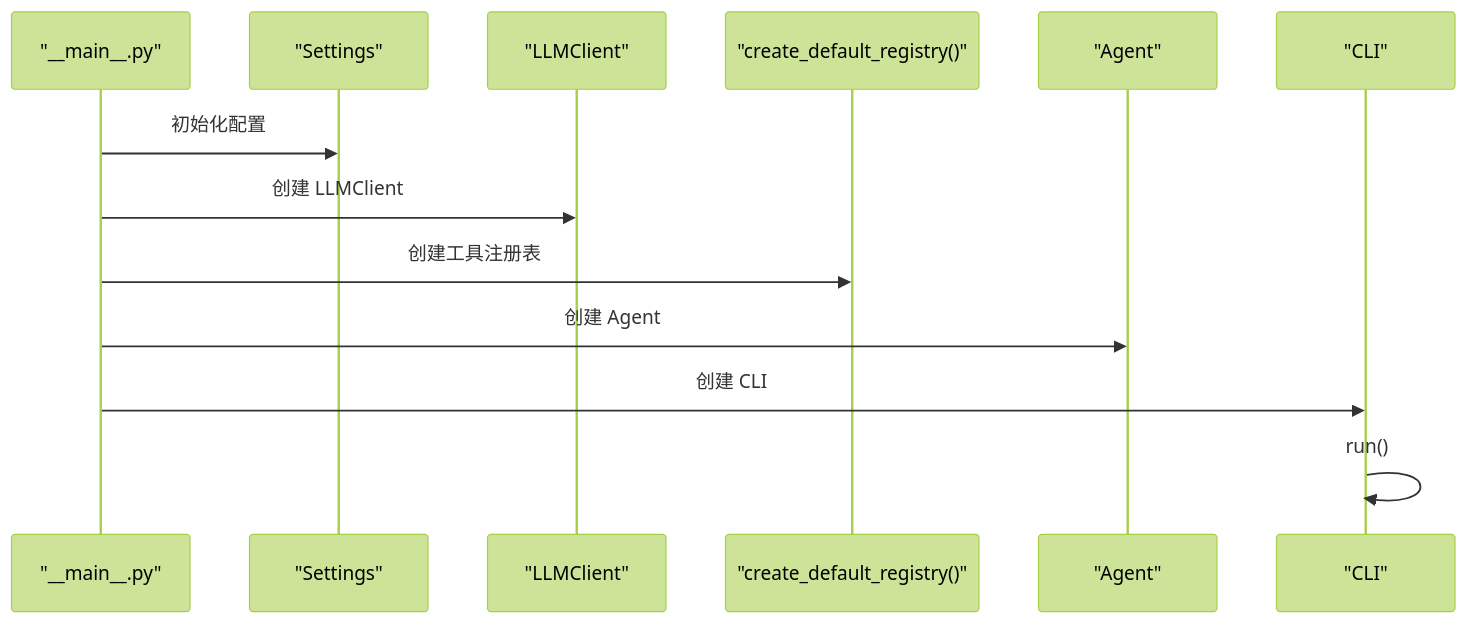
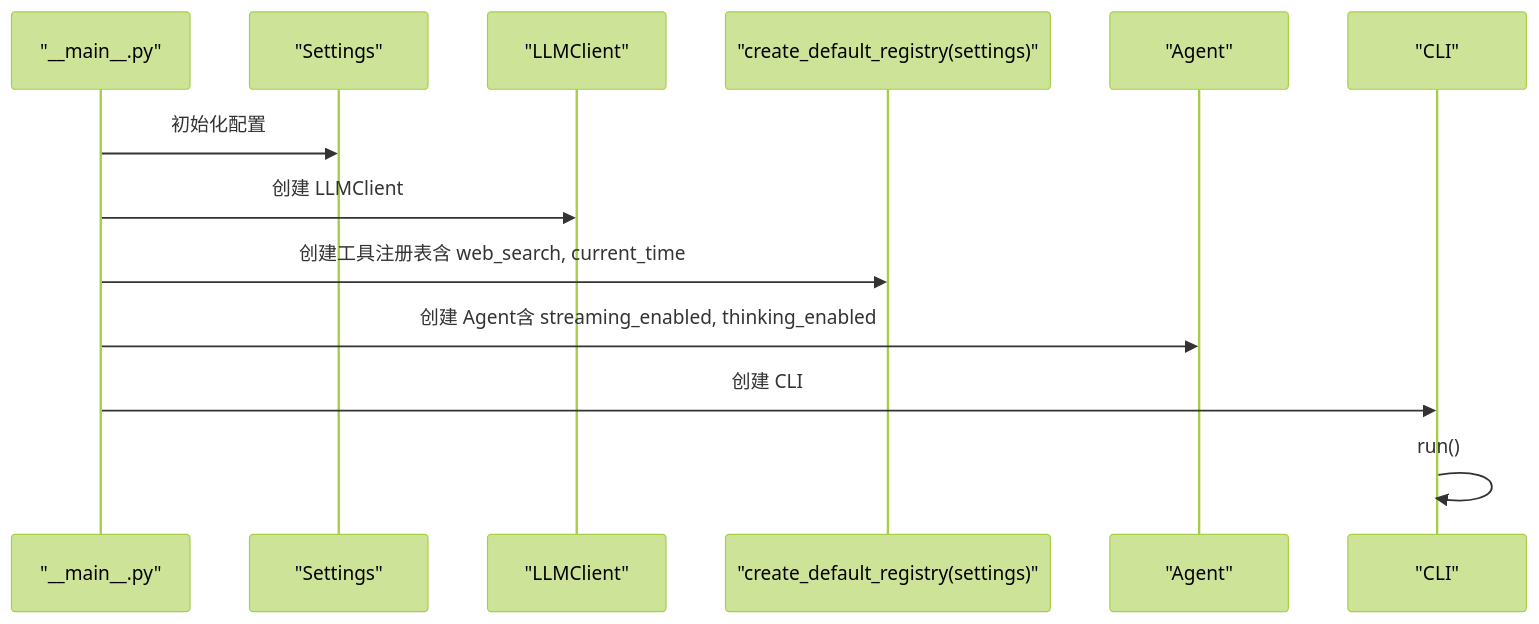
Before and after one commit to 250shiwo/MySmallAgent: the eighth of 9 diagrams in .qoder/repowiki/zh/content/核心模块详解/核心模块详解.md, drawn with Mermaid (forest theme). The commit also changed other lines of this file and 34 other files, not shown here.

````diff
--- a/.qoder/repowiki/zh/content/核心模块详解/核心模块详解.md
+++ b/.qoder/repowiki/zh/content/核心模块详解/核心模块详解.md
@@ -406,15 +448,15 @@
 ```mermaid
 sequenceDiagram
 participant M as "__main__.py"
 participant Cfg as "Settings"
 participant L as "LLMClient"
-participant R as "create_default_registry()"
+participant R as "create_default_registry(settings)"
 participant A as "Agent"
 participant Cli as "CLI"
 M->>Cfg : 初始化配置
 M->>L : 创建 LLMClient
-M->>R : 创建工具注册表
-M->>A : 创建 Agent
+M->>R : 创建工具注册表含 web_search, current_time
+M->>A : 创建 Agent含 streaming_enabled, thinking_enabled
 M->>Cli : 创建 CLI
 Cli->>Cli : run()
 ```
````
